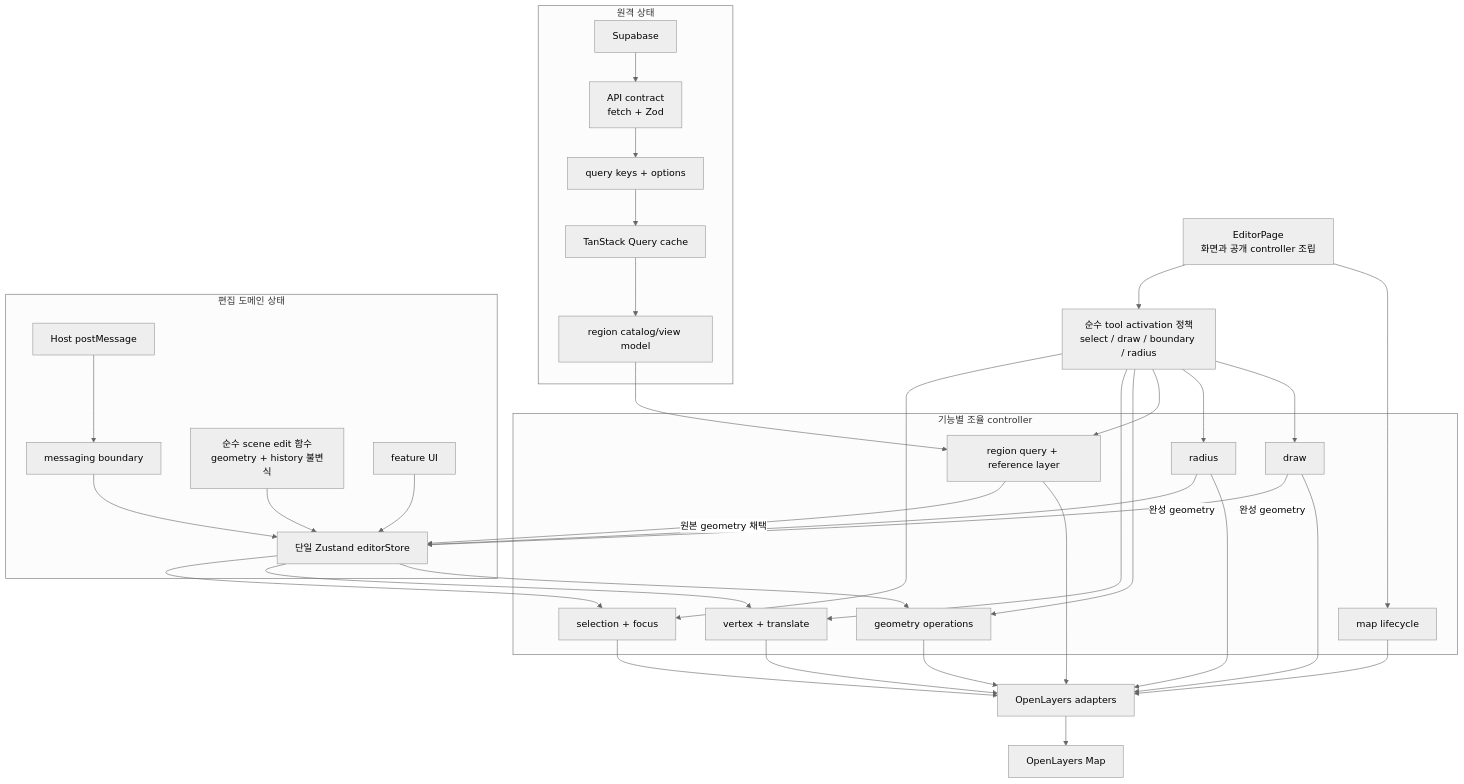
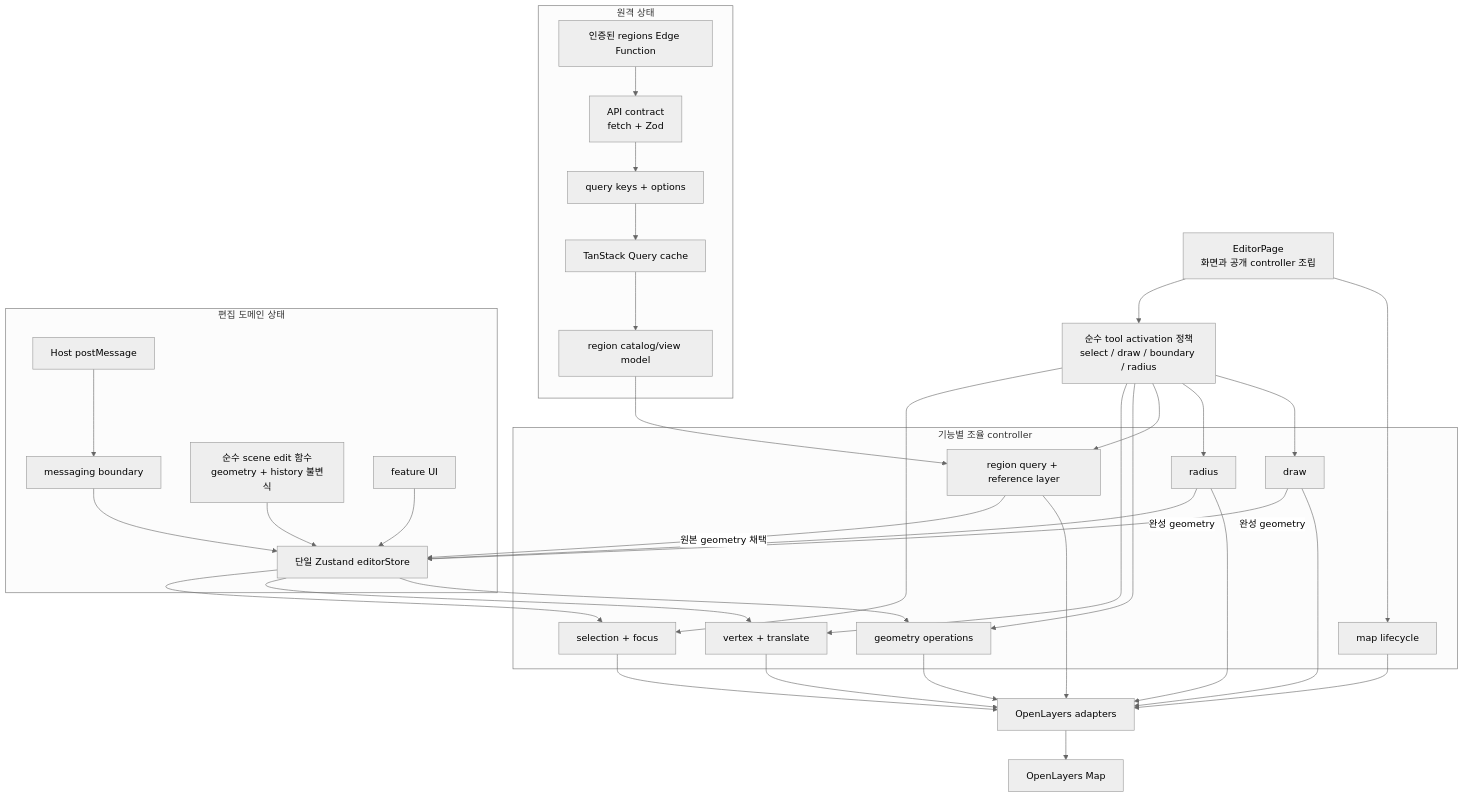
Before and after one commit to kimik-hyum/map-editor: the second of 2 diagrams in src/pages/editor/ARCHITECTURE.md, drawn with Mermaid (neutral theme). The commit also changed other lines of this file and 39 other files, not shown here.

````diff
--- a/src/pages/editor/ARCHITECTURE.md
+++ b/src/pages/editor/ARCHITECTURE.md
@@ -44,54 +45,54 @@
 ```mermaid
 flowchart TB
   Page["EditorPage<br/>화면과 공개 controller 조립"]
   Activation["순수 tool activation 정책<br/>select / draw / boundary / radius"]
 
   subgraph RemoteState["원격 상태"]
-    Supabase["Supabase"] --> ApiBoundary["API contract<br/>fetch + Zod"]
+    Supabase["인증된 regions Edge Function"] --> ApiBoundary["API contract<br/>fetch + Zod"]
     ApiBoundary --> QueryDefs["query keys + options"]
     QueryDefs --> QueryCache["TanStack Query cache"]
     QueryCache --> RegionVM["region catalog/view model"]
   end
 
   subgraph EditorState["편집 도메인 상태"]
     Host["Host postMessage"] --> Messaging["messaging boundary"]
     Messaging --> Store["단일 Zustand editorStore"]
     SceneEdits["순수 scene edit 함수<br/>geometry + history 불변식"] --> Store
     FeatureUI["feature UI"] --> Store
   end
 
   subgraph Controllers["기능별 조율 controller"]
     MapLife["map lifecycle"]
     Selection["selection + focus"]
     Vertex["vertex + translate"]
     GeometryOps["geometry operations"]
     Regions["region query + reference layer"]
     Draw["draw"]
     Radius["radius"]
   end
 
   Page --> Activation
   Page --> MapLife
   Activation --> Selection
   Activation --> Vertex
   Activation --> GeometryOps
   Activation --> Regions
   Activation --> Radius
   Activation --> Draw
   Store --> Selection
   Store --> Vertex
   Store --> GeometryOps
   Radius -- "완성 geometry" --> Store
   RegionVM --> Regions
   Regions -- "원본 geometry 채택" --> Store
   Draw -- "완성 geometry" --> Store
 
   MapLife --> Adapters["OpenLayers adapters"]
   Selection --> Adapters
   Vertex --> Adapters
   GeometryOps --> Adapters
   Regions --> Adapters
   Radius --> Adapters
   Draw --> Adapters
   Adapters --> OpenLayers["OpenLayers Map"]
 ```
````
